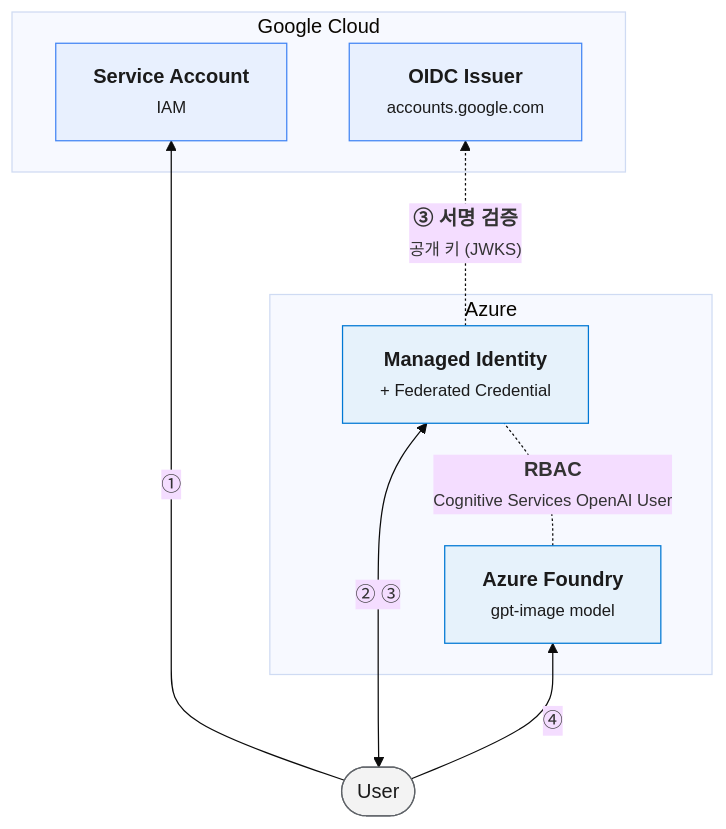
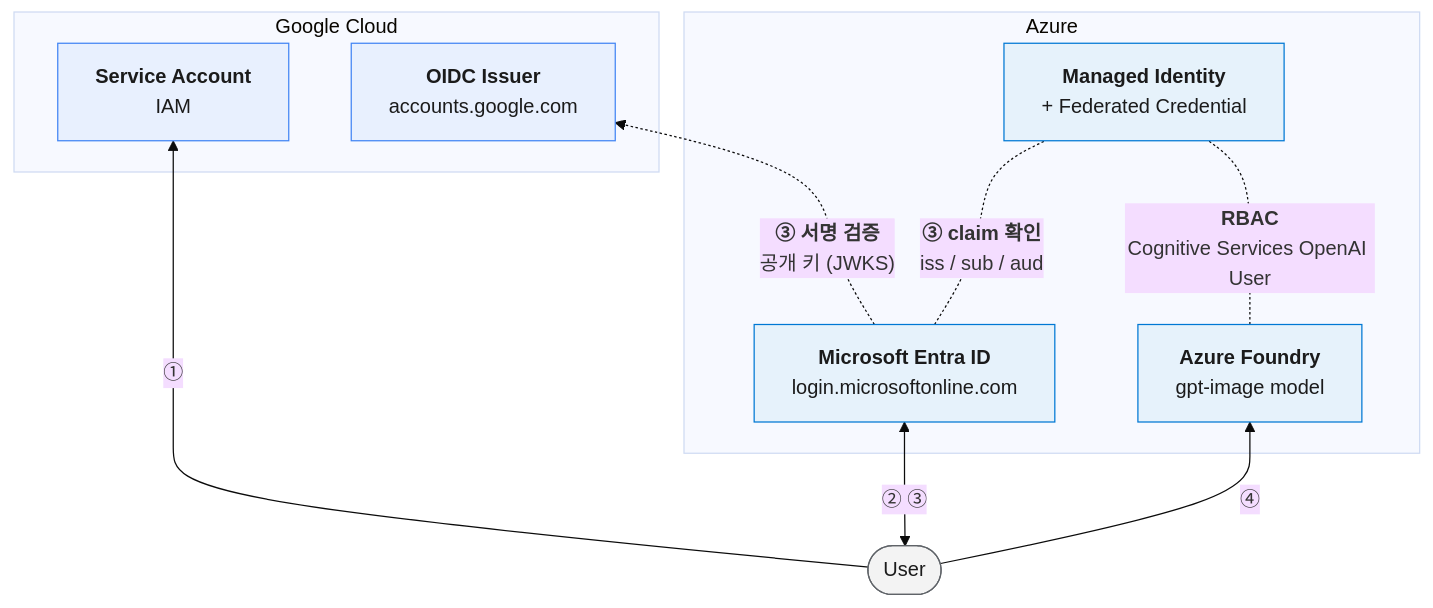
The first of 2 diagrams in README.md (ivorycloud1013/lab-azure-guide-workload-identity), drawn with Mermaid (base theme) before and after one commit. The commit also changed other lines of this file and 5 other files, not shown here.

````diff
--- a/README.md
+++ b/README.md
@@ -5,25 +5,27 @@
 ```mermaid
 flowchart BT
     User(["User"])
     subgraph GCP["Google Cloud"]
-        SA["<b>Service Account</b><br/><small>IAM</small>"]
-        Issuer["<b>OIDC Issuer</b><br/><small>accounts.google.com</small>"]
+        SA["<b>Service Account</b><br/>IAM"]
+        Issuer["<b>OIDC Issuer</b><br/>accounts.google.com"]
     end
     subgraph Azure["Azure"]
-        MI["<b>Managed Identity</b><br/><small>+ Federated Credential</small>"]
-        Foundry["<b>Azure Foundry</b><br/><small>gpt-image model</small>"]
+        Entra["<b>Microsoft Entra ID</b><br/>login.microsoftonline.com"]
+        MI["<b>Managed Identity</b><br/>+ Federated Credential"]
+        Foundry["<b>Azure Foundry</b><br/>gpt-image model"]
     end
 
     User -- "①" --> SA
-    User <-- "② ③" --> MI
+    User <-- "② ③" --> Entra
     User -- "④" --> Foundry
-    Foundry -. "<b>RBAC</b><br/><small>Cognitive Services OpenAI User</small>" .- MI
-    MI -. "<b>③ 서명 검증</b><br/><small>공개 키 (JWKS)</small>" .-> Issuer
+    Entra -. "<b>③ 서명 검증</b><br/>공개 키 (JWKS)" .-> Issuer
+    Entra -. "<b>③ claim 확인</b><br/>iss / sub / aud" .- MI
+    Foundry -. "<b>RBAC</b><br/>Cognitive Services OpenAI User" .- MI
 
     classDef az fill:#e6f2fb,stroke:#0078d4,color:#1b1b1b
     classDef gcp fill:#e8f0fe,stroke:#4285f4,color:#1b1b1b
     classDef user fill:#f3f3f3,stroke:#5f6368,color:#1b1b1b
-    class MI,Foundry az
+    class Entra,MI,Foundry az
     class SA,Issuer gcp
     class User user
 ```
````
